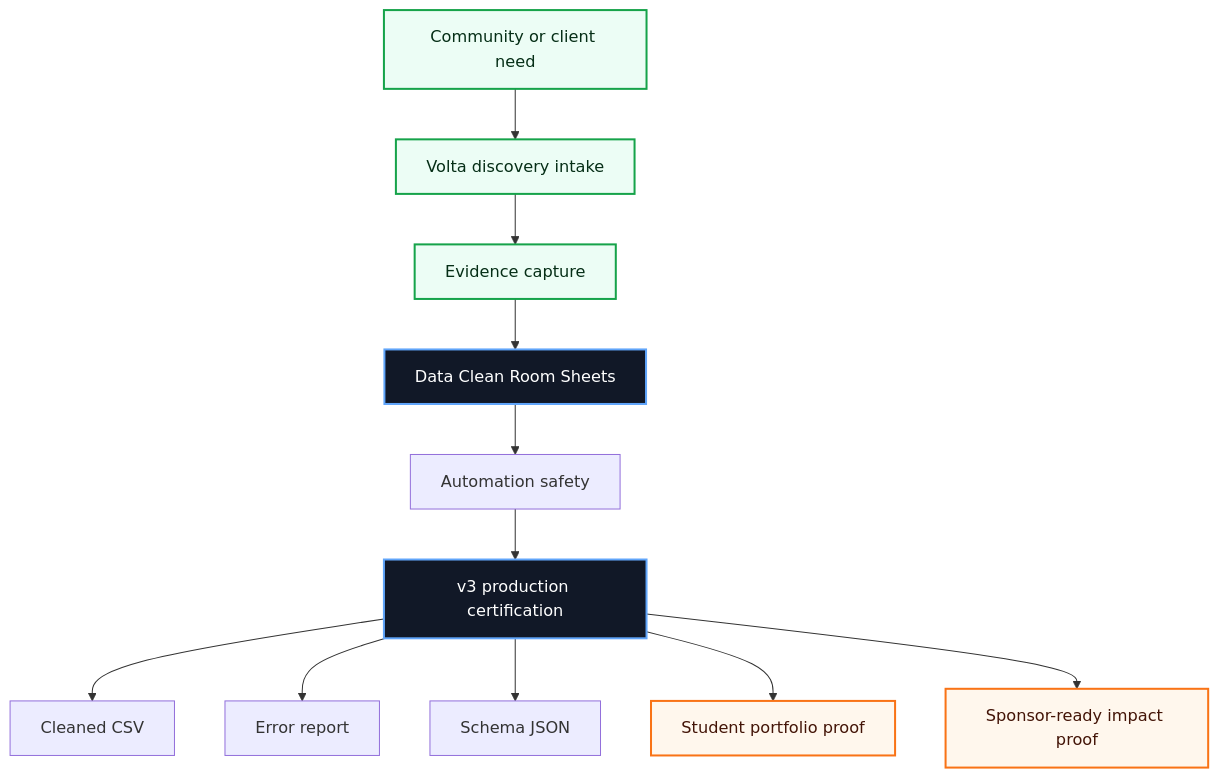
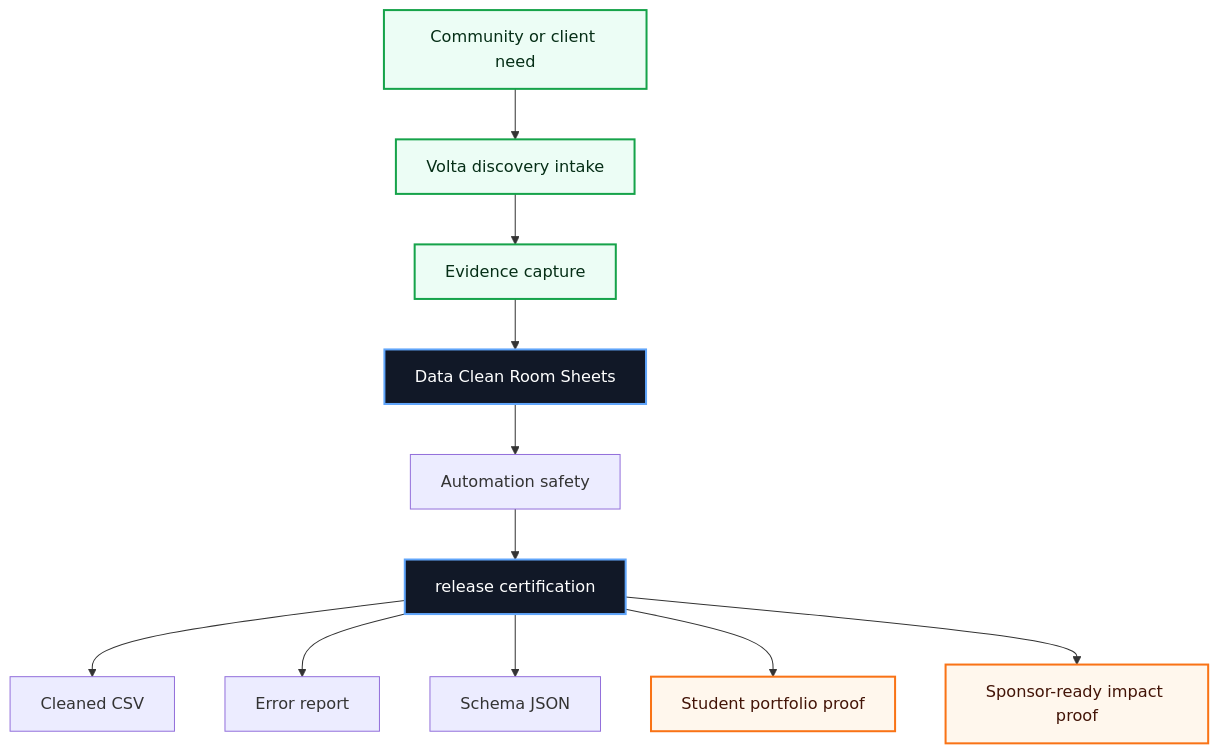
One commit to volta-npo/data-clean-room-sheets changed the first of 3 diagrams in README.md. Above: the diagram before and after it, drawn with Mermaid. The commit also changed other lines of this file and 28 other files, not shown here.

````diff
--- a/README.md
+++ b/README.md
@@ -43,20 +43,20 @@
 ```mermaid
 flowchart TD
     Need["Community or client need"] --> Intake["Volta discovery intake"]
     Intake --> Evidence["Evidence capture"]
     Evidence --> Workbench["Data Clean Room Sheets"]
     Workbench --> Score["Automation safety"]
-    Score --> Cert["v3 production certification"]
+    Score --> Cert["release certification"]
     Cert --> A1["Cleaned CSV"]
     Cert --> A2["Error report"]
     Cert --> A3["Schema JSON"]
     Cert --> Student["Student portfolio proof"]
     Cert --> Sponsor["Sponsor-ready impact proof"]
 
     classDef volta fill:#111827,stroke:#60a5fa,color:#ffffff,stroke-width:2px;
     classDef equity fill:#ecfdf5,stroke:#16a34a,color:#052e16,stroke-width:2px;
     classDef proof fill:#fff7ed,stroke:#f97316,color:#431407,stroke-width:2px;
     class Workbench,Cert volta;
     class Need,Intake,Evidence equity;
     class Student,Sponsor proof;
 ```
````
